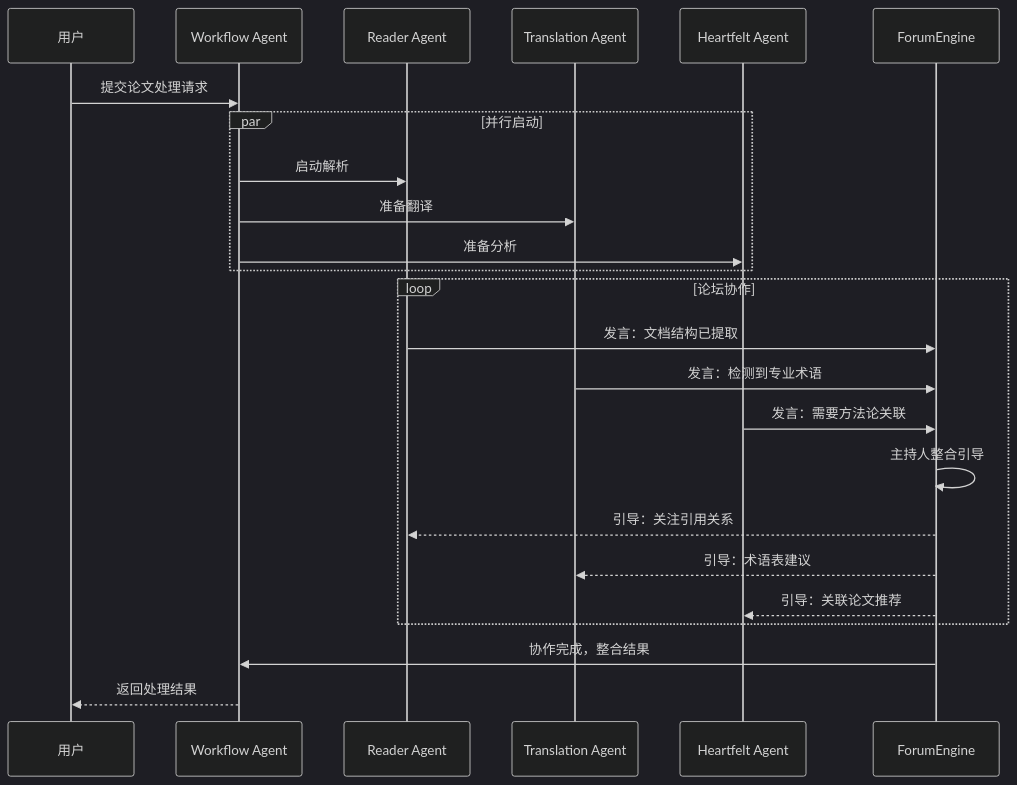
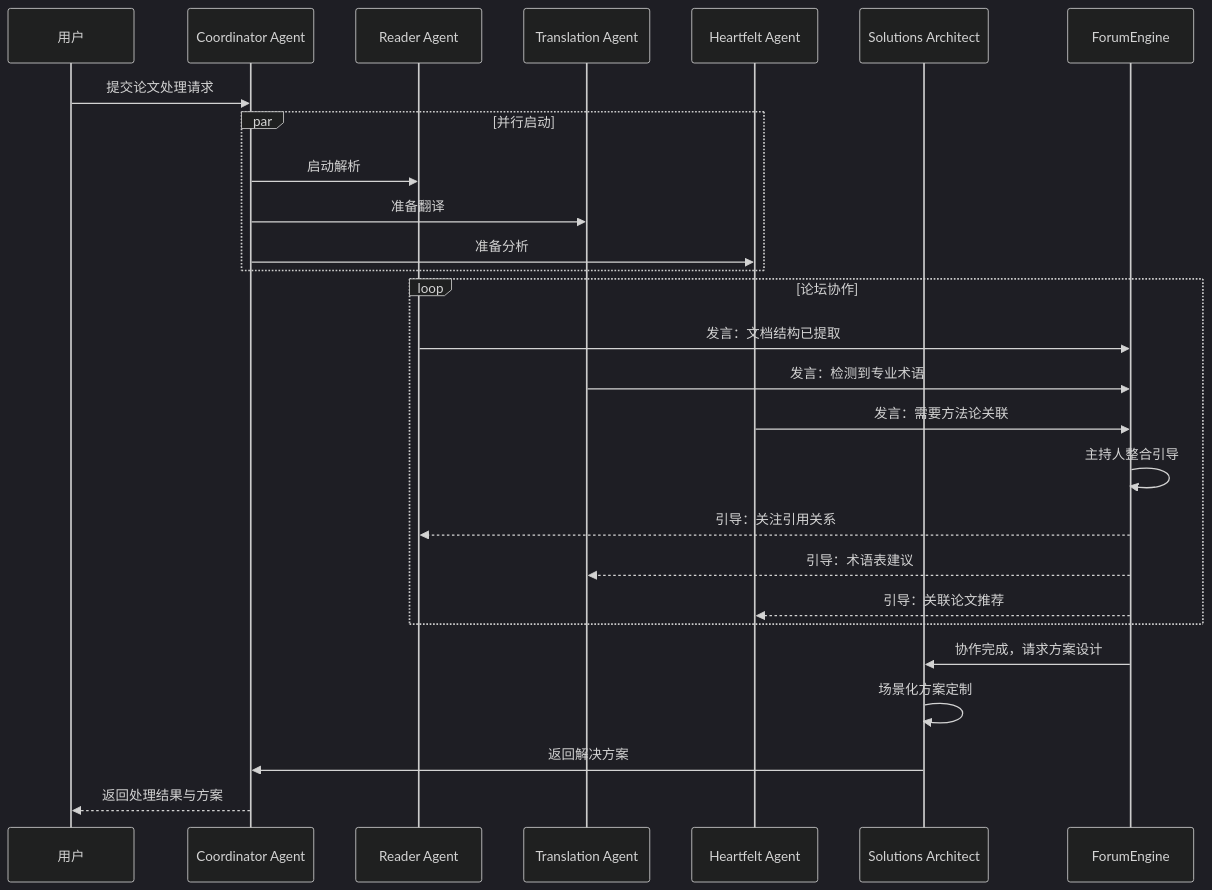
Before and after one commit to ThreeFish-AI/agentic-ai-cognizes: the eighth of 13 diagrams in docs/000-prd.md, drawn with Mermaid (dark theme). The commit also changed other lines of this file and 1 other file, not shown here.

````diff
--- a/docs/000-prd.md
+++ b/docs/000-prd.md
@@ -321,30 +363,33 @@
 ```mermaid
 sequenceDiagram
     participant U as 用户
-    participant WA as Workflow Agent
+    participant CA as Coordinator Agent
     participant RA as Reader Agent
     participant TA as Translation Agent
     participant HA as Heartfelt Agent
+    participant SA as Solutions Architect
     participant FE as ForumEngine
 
-    U->>WA: 提交论文处理请求
+    U->>CA: 提交论文处理请求
 
     par 并行启动
-        WA->>RA: 启动解析
-        WA->>TA: 准备翻译
-        WA->>HA: 准备分析
+        CA->>RA: 启动解析
+        CA->>TA: 准备翻译
+        CA->>HA: 准备分析
     end
 
     loop 论坛协作
         RA->>FE: 发言：文档结构已提取
         TA->>FE: 发言：检测到专业术语
         HA->>FE: 发言：需要方法论关联
         FE->>FE: 主持人整合引导
         FE-->>RA: 引导：关注引用关系
         FE-->>TA: 引导：术语表建议
         FE-->>HA: 引导：关联论文推荐
     end
 
-    FE->>WA: 协作完成，整合结果
-    WA-->>U: 返回处理结果
+    FE->>SA: 协作完成，请求方案设计
+    SA->>SA: 场景化方案定制
+    SA->>CA: 返回解决方案
+    CA-->>U: 返回处理结果与方案
 ```
````
